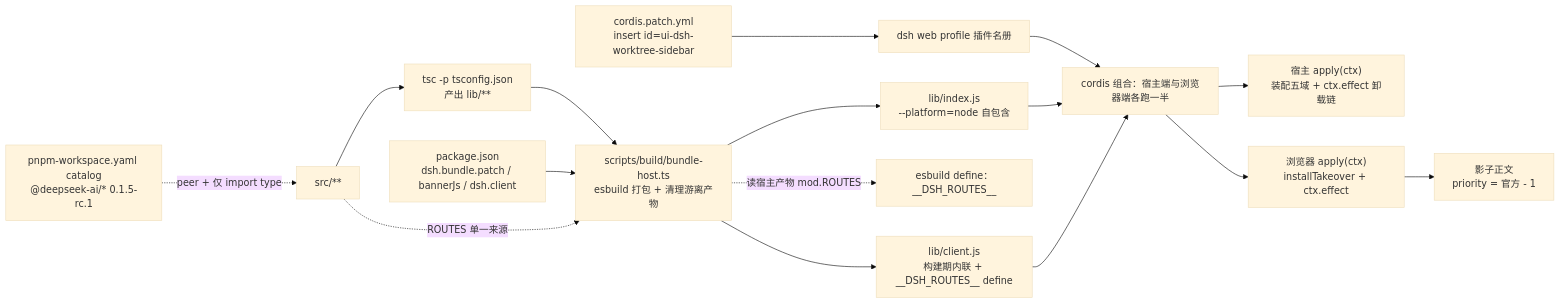
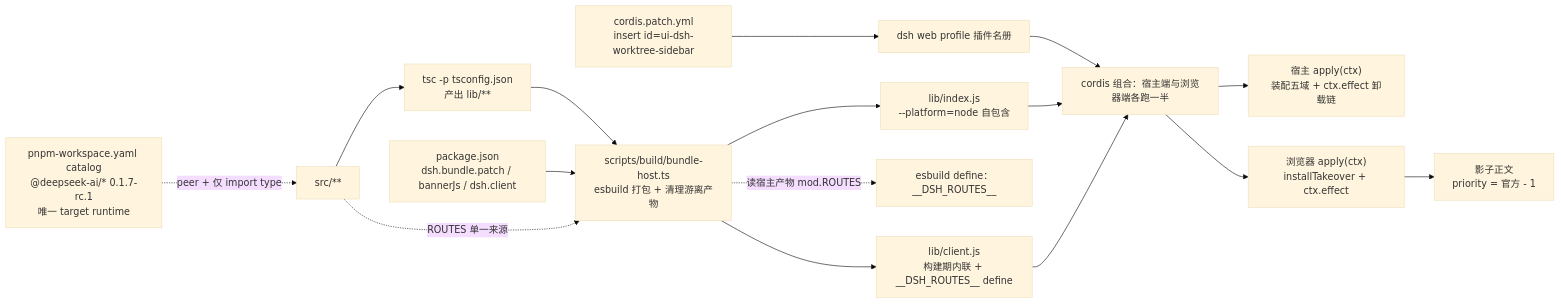
Before and after one commit to wingsky-1/dsh-plugin-hub: the fourth of 4 diagrams in docs/architecture/dsh-worktree-sidebar.md, drawn with Mermaid (base theme). The commit also changed other lines of this file and 113 other files, not shown here.

Commit message:
fix(plugins): adapt target rc7 settings and migration flows

````diff
--- a/docs/architecture/dsh-worktree-sidebar.md
+++ b/docs/architecture/dsh-worktree-sidebar.md
@@ -551,20 +551,20 @@
 ```mermaid
 flowchart LR
     SRC["src/**"] --> TSC["tsc -p tsconfig.json<br/>产出 lib/**"]
     TSC --> BUNDLE["scripts/build/bundle-host.ts<br/>esbuild 打包 + 清理游离产物"]
     PKG["package.json<br/>dsh.bundle.patch / bannerJs / dsh.client"] --> BUNDLE
     BUNDLE --> HOSTJS["lib/index.js<br/>--platform=node 自包含"]
     BUNDLE --> CLIJS["lib/client.js<br/>构建期内联 + __DSH_ROUTES__ define"]
     SRC -.->|"ROUTES 单一来源"| BUNDLE
     BUNDLE -.->|"读宿主产物 mod.ROUTES"| CLIDEF["esbuild define：__DSH_ROUTES__"]
 
-    CATALOG["pnpm-workspace.yaml catalog<br/>@deepseek-ai/* 0.1.5-rc.1"] -.->|"peer + 仅 import type"| SRC
+    CATALOG["pnpm-workspace.yaml catalog<br/>@deepseek-ai/* 0.1.7-rc.1<br/>唯一 target runtime"] -.->|"peer + 仅 import type"| SRC
 
     PATCH["cordis.patch.yml<br/>insert id=ui-dsh-worktree-sidebar"] --> PROFILE["dsh web profile 插件名册"]
     PROFILE --> CORDIS["cordis 组合：宿主端与浏览器端各跑一半"]
     HOSTJS --> CORDIS
     CLIJS --> CORDIS
     CORDIS --> APPLY["宿主 apply(ctx)<br/>装配五域 + ctx.effect 卸载链"]
     CORDIS --> CAPPLY["浏览器 apply(ctx)<br/>installTakeover + ctx.effect"]
     CAPPLY --> SHADOW["影子正文<br/>priority = 官方 - 1"]
 ```
````
